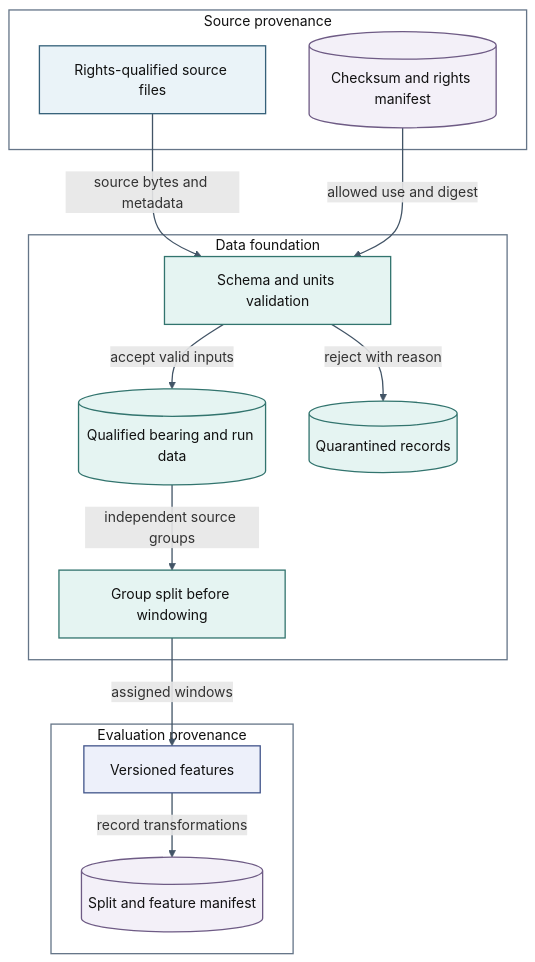
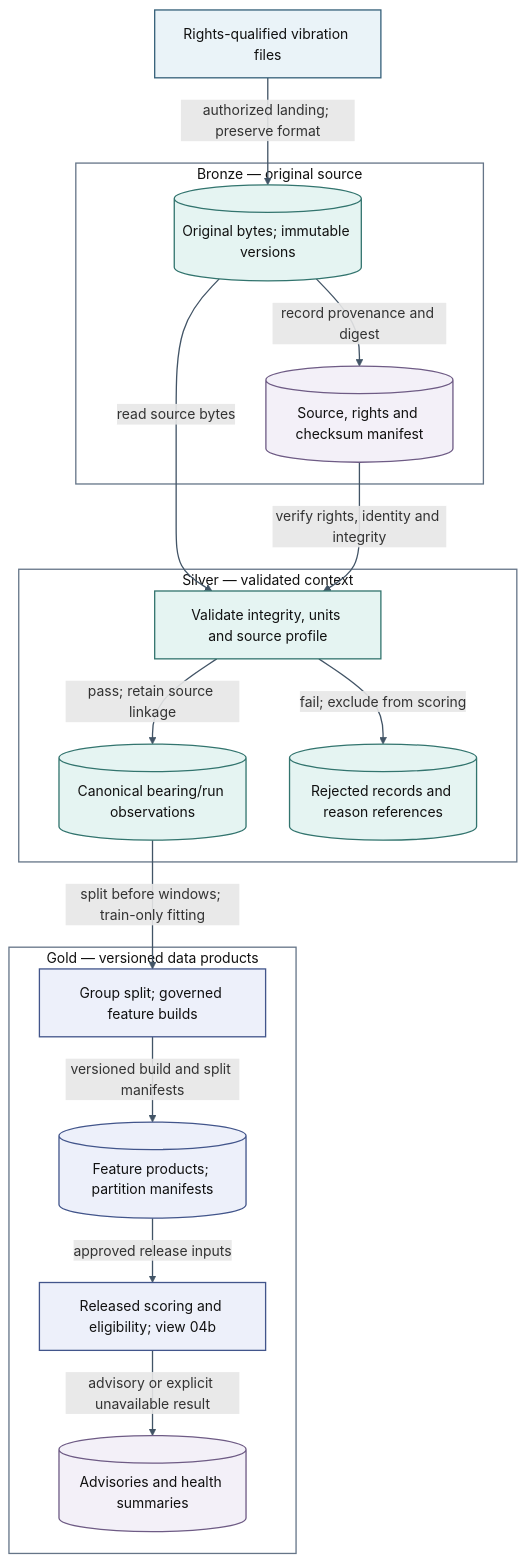
One commit to Douglas-Moore-Engineering/pulse-bearing-health changed the third of 13 diagrams in docs/architecture/README.md. Above: the diagram before and after it, drawn with Mermaid. The commit also changed other lines of this file and 24 other files, not shown here.

Commit message:
Define Pulse Bronze Silver Gold data architecture and promotion rules

````diff
--- a/docs/architecture/README.md
+++ b/docs/architecture/README.md
@@ -125,40 +127,45 @@
 ```mermaid
-%% Data Architecture and Lineage | Proposed design, not deployed | PULSE v0.1
+%% Data Architecture — Bronze, Silver and Gold | Proposed; unimplemented | Pulse v0.3
 flowchart TD
-subgraph sg_source["Source provenance"]
- files["Rights-qualified source files"]
- manifest[("Checksum and rights manifest")]
+files["Rights-qualified vibration files"]
+subgraph sg_bronze["Bronze — original source"]
+  raw[("Original bytes; immutable versions")]
+  manifest[("Source, rights and checksum manifest")]
 end
-subgraph sg_data["Data foundation"]
- contract["Schema and units validation"]
- accepted[("Qualified bearing and run data")]
- quarantine[("Quarantined records")]
- split["Group split before windowing"]
+subgraph sg_silver["Silver — validated context"]
+  validate["Validate integrity, units and source profile"]
+  accepted[("Canonical bearing/run observations")]
+  quarantine[("Rejected records and reason references")]
 end
-subgraph sg_evidence["Evaluation provenance"]
- features["Versioned features"]
- lineage[("Split and feature manifest")]
+subgraph sg_gold["Gold — versioned data products"]
+  build["Group split; governed feature builds"]
+  features[("Feature products; partition manifests")]
+  score["Released scoring and eligibility; view 04b"]
+  outputs[("Advisories and health summaries")]
 end
-files -->|"source bytes and metadata"| contract
-manifest -->|"allowed use and digest"| contract
-contract -->|"accept valid inputs"| accepted
-contract -->|"reject with reason"| quarantine
-accepted -->|"independent source groups"| split
-split -->|"assigned windows"| features
-features -->|"record transformations"| lineage
+files -->|"authorized landing; preserve format"| raw
+raw -->|"record provenance and digest"| manifest
+raw -->|"read source bytes"| validate
+manifest -->|"verify rights, identity and integrity"| validate
+validate -->|"pass; retain source linkage"| accepted
+validate -->|"fail; exclude from scoring"| quarantine
+accepted -->|"split before windows; train-only fitting"| build
+build -->|"versioned build and split manifests"| features
+features -->|"approved release inputs"| score
+score -->|"advisory or explicit unavailable result"| outputs
 class files source
-class contract,accepted,quarantine,split data
-class features model
-class manifest,lineage evidence
+class raw,validate,accepted,quarantine data
+class build,features,score model
+class manifest,outputs evidence
   classDef source fill:#EAF3F8,stroke:#356079,stroke-width:1.5px,color:#111111
   classDef data fill:#E5F4F2,stroke:#32746E,stroke-width:1.5px,color:#111111
   classDef model fill:#EDF0FA,stroke:#42558B,stroke-width:1.5px,color:#111111
   classDef policy fill:#F8F2E4,stroke:#876A2D,stroke-width:1.5px,color:#111111
   classDef human fill:#EFF6EB,stroke:#4C713E,stroke-width:1.5px,color:#111111
   classDef evidence fill:#F3F0F8,stroke:#6E5B85,stroke-width:1.5px,color:#111111
   classDef security fill:#FBEFED,stroke:#9B534C,stroke-width:1.5px,color:#111111
-  style sg_source fill:none,stroke:#657588,stroke-width:1.5px,color:#111111
-  style sg_data fill:none,stroke:#657588,stroke-width:1.5px,color:#111111
-  style sg_evidence fill:none,stroke:#657588,stroke-width:1.5px,color:#111111
+  style sg_bronze fill:none,stroke:#657588,stroke-width:1.5px,color:#111111
+  style sg_silver fill:none,stroke:#657588,stroke-width:1.5px,color:#111111
+  style sg_gold fill:none,stroke:#657588,stroke-width:1.5px,color:#111111
   linkStyle default stroke:#425466,stroke-width:1.5px
 ```
````
